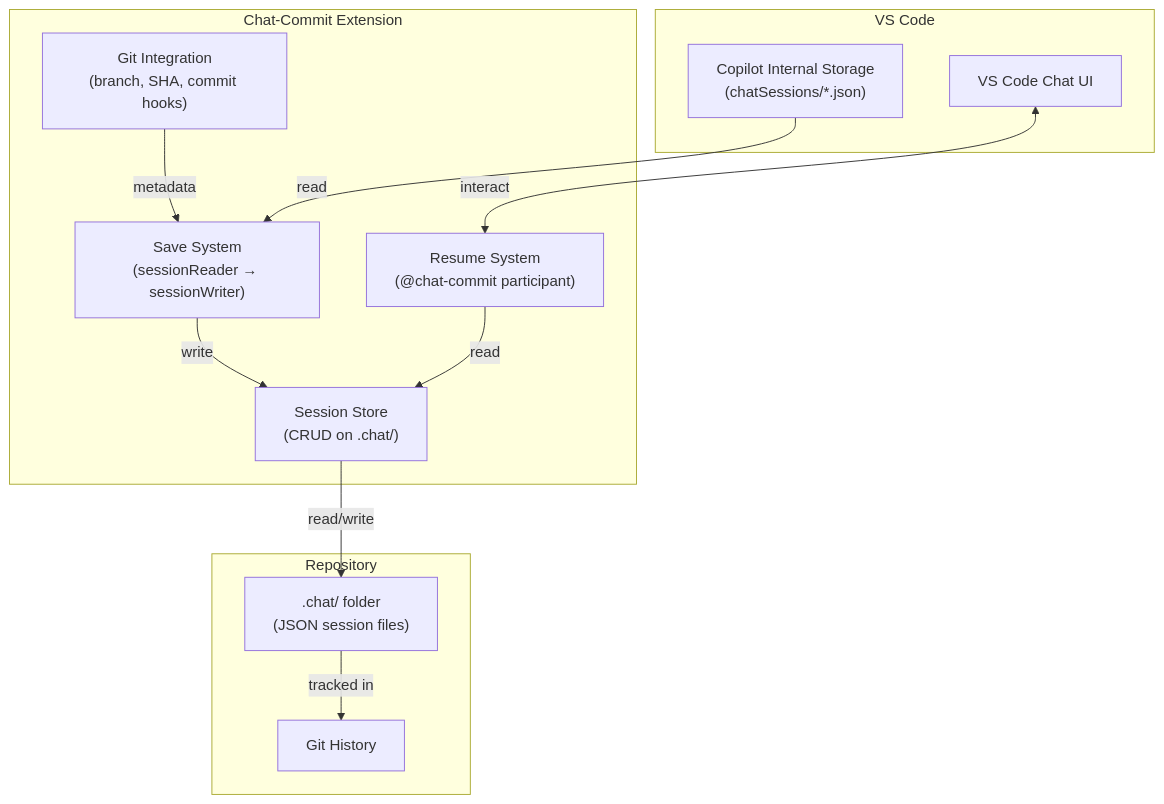
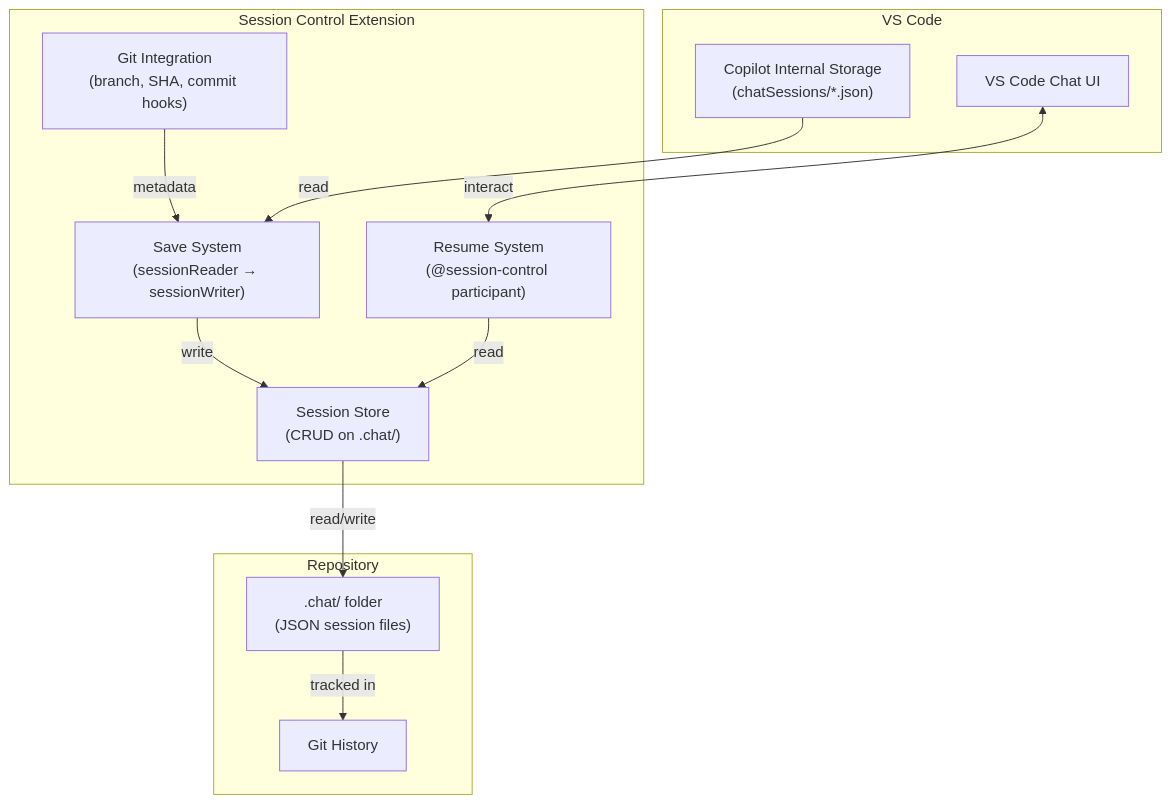
The diagram in wiki/architecture.md (Tempuskg/session-control), drawn with Mermaid before and after one commit. The commit also changed other lines of this file and 33 other files, not shown here.

First line of the commit message:
refactor!: rekey extension namespace to session-control

````diff
--- a/wiki/architecture.md
+++ b/wiki/architecture.md
@@ -24,27 +24,27 @@
 ```mermaid
 graph TB
     subgraph "VS Code"
         CopilotStorage["Copilot Internal Storage<br/>(chatSessions/*.json)"]
         ChatUI["VS Code Chat UI"]
     end
 
-    subgraph "Chat-Commit Extension"
+    subgraph "Session Control Extension"
         SaveSystem["Save System<br/>(sessionReader → sessionWriter)"]
-        ResumeSystem["Resume System<br/>(@chat-commit participant)"]
+        ResumeSystem["Resume System<br/>(@session-control participant)"]
         GitIntegration["Git Integration<br/>(branch, SHA, commit hooks)"]
         SessionStore["Session Store<br/>(CRUD on .chat/)"]
     end
 
     subgraph "Repository"
         ChatFolder[".chat/ folder<br/>(JSON session files)"]
         GitRepo["Git History"]
     end
 
     CopilotStorage -->|read| SaveSystem
     GitIntegration -->|metadata| SaveSystem
     SaveSystem -->|write| SessionStore
     SessionStore -->|read/write| ChatFolder
     ChatFolder -->|tracked in| GitRepo
     ResumeSystem -->|read| SessionStore
     ChatUI <-->|interact| ResumeSystem
 ```
````
